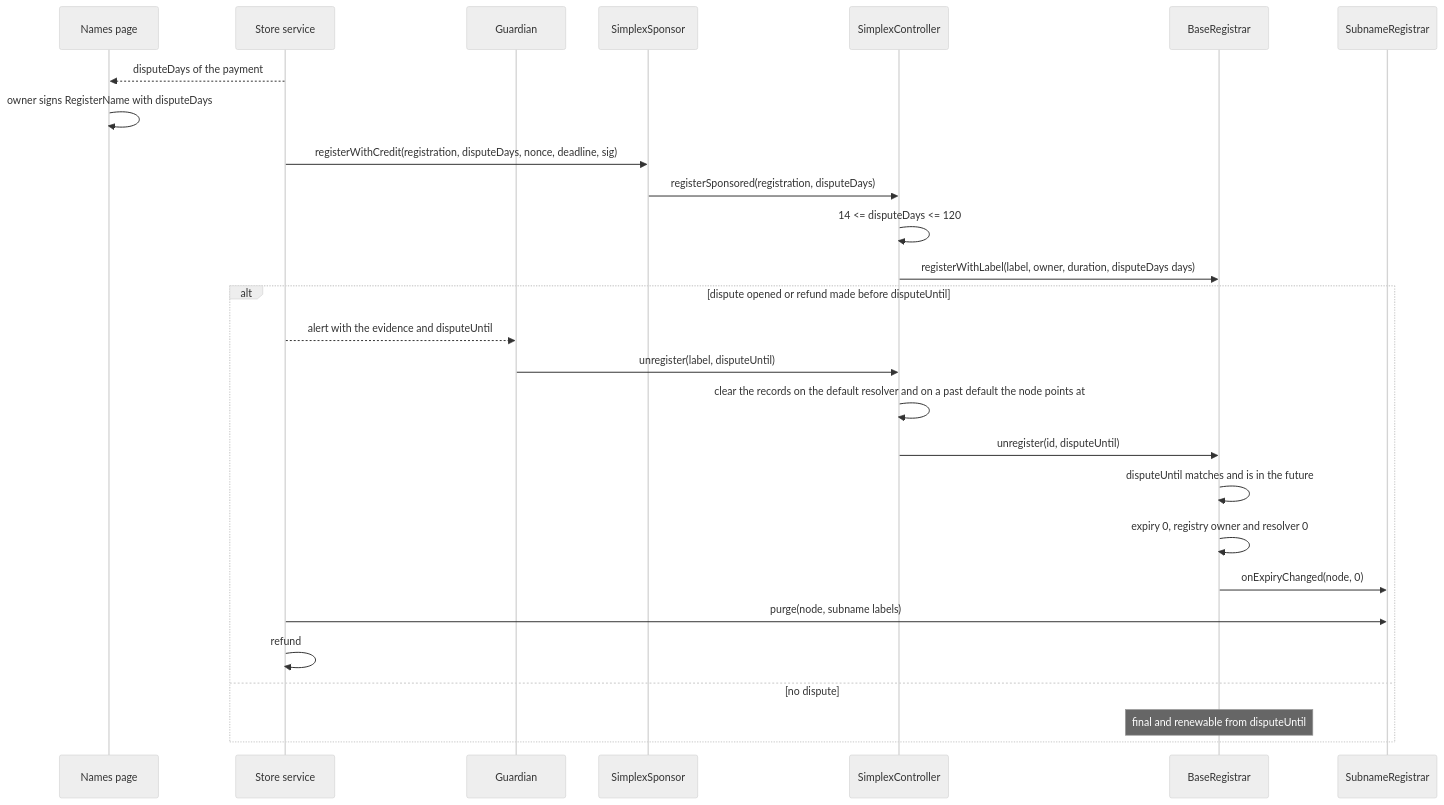
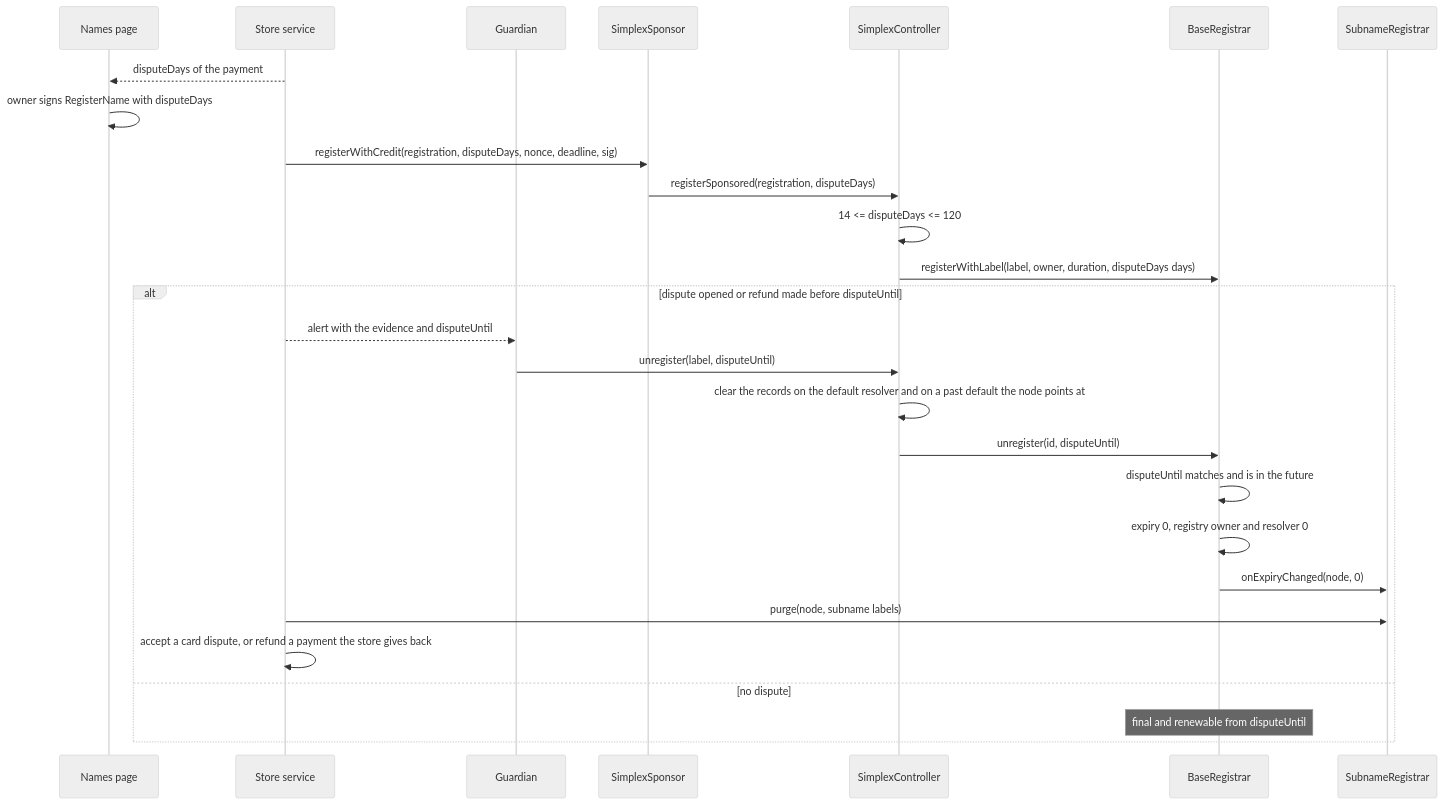
One commit to brenzi/simplex-namespace-contract changed the second of 3 diagrams in docs/plans/dispute-period.md. Above: the diagram before and after it, drawn with Mermaid (neutral theme). The commit also changed other lines of this file and 5 other files, not shown here.

````diff
--- a/docs/plans/dispute-period.md
+++ b/docs/plans/dispute-period.md
@@ -98,29 +99,29 @@
 ```mermaid
 sequenceDiagram
   participant P as Names page
   participant S as Store service
   participant G as Guardian
   participant Sp as SimplexSponsor
   participant C as SimplexController
   participant R as BaseRegistrar
   participant N as SubnameRegistrar
   S-->>P: disputeDays of the payment
   P->>P: owner signs RegisterName with disputeDays
   S->>Sp: registerWithCredit(registration, disputeDays, nonce, deadline, sig)
   Sp->>C: registerSponsored(registration, disputeDays)
   C->>C: 14 <= disputeDays <= 120
   C->>R: registerWithLabel(label, owner, duration, disputeDays days)
   alt dispute opened or refund made before disputeUntil
     S-->>G: alert with the evidence and disputeUntil
     G->>C: unregister(label, disputeUntil)
     C->>C: clear the records on the default resolver and on a past default the node points at
     C->>R: unregister(id, disputeUntil)
     R->>R: disputeUntil matches and is in the future
     R->>R: expiry 0, registry owner and resolver 0
     R->>N: onExpiryChanged(node, 0)
     S->>N: purge(node, subname labels)
-    S->>S: refund
+    S->>S: accept a card dispute, or refund a payment the store gives back
   else no dispute
     Note over R: final and renewable from disputeUntil
   end
 ```
````
